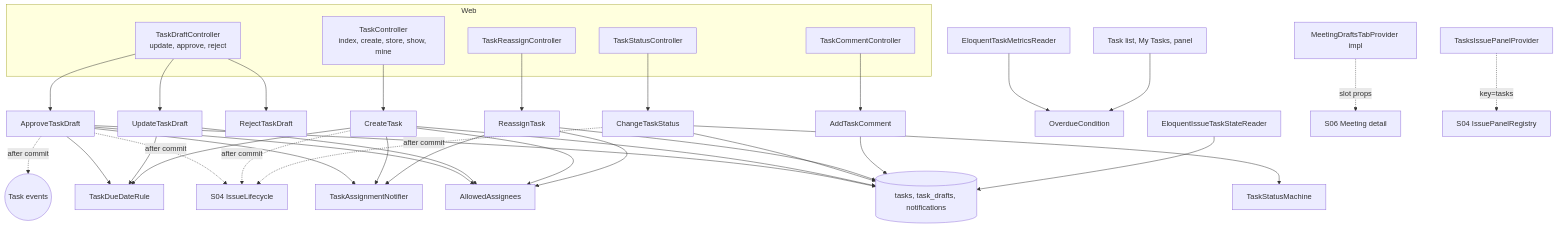
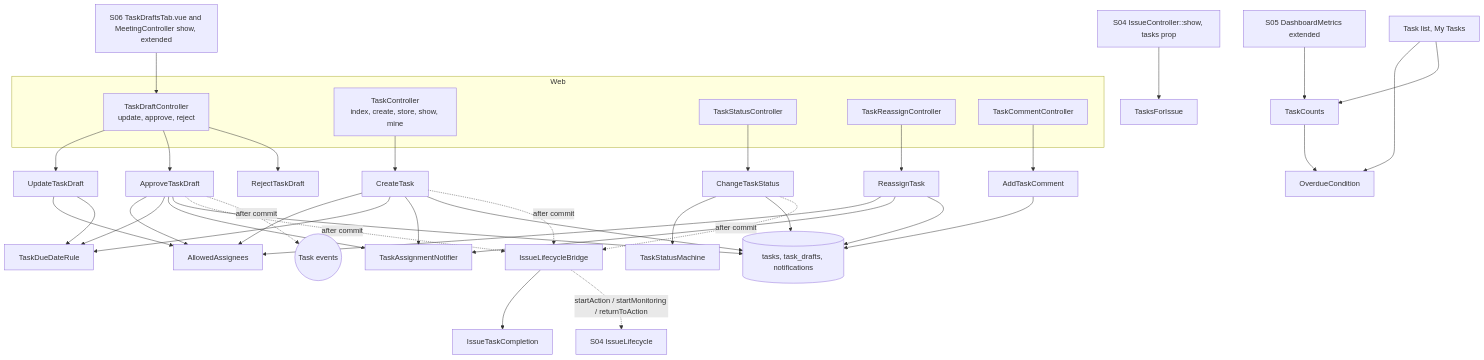
Before and after one commit to shojibur/BusinessPulse: the first of 2 diagrams in .kiro/specs/07-task-execution/design.md, drawn with Mermaid. The commit also changed other lines of this file and 40 other files, not shown here.

````diff
--- a/.kiro/specs/07-task-execution/design.md
+++ b/.kiro/specs/07-task-execution/design.md
@@ -38,49 +50,52 @@
 ```mermaid
 flowchart TD
   subgraph Web
     DC[TaskDraftController<br/>update, approve, reject]
     TCtl[TaskController<br/>index, create, store, show, mine]
     SC[TaskStatusController]
     RC[TaskReassignController]
     CC[TaskCommentController]
   end
 
   DC --> UTD[UpdateTaskDraft]
   DC --> ATD[ApproveTaskDraft]
   DC --> RTD[RejectTaskDraft]
   TCtl --> CT[CreateTask]
   SC --> CTS[ChangeTaskStatus]
   RC --> RT[ReassignTask]
   CC --> ATC[AddTaskComment]
 
   ATD --> AA[AllowedAssignees]
   UTD --> AA
   CT --> AA
   RT --> AA
   ATD --> DDR[TaskDueDateRule]
   UTD --> DDR
   CT --> DDR
 
   CTS --> TSM[TaskStatusMachine]
   ATD --> TA[TaskAssignmentNotifier]
   CT --> TA
   RT --> TA
 
   ATD --> DB[(tasks, task_drafts, notifications)]
   CT --> DB
   CTS --> DB
   RT --> DB
   ATC --> DB
 
-  ATD -. after commit .-> IL[S04 IssueLifecycle]
-  CT -. after commit .-> IL
-  CTS -. after commit .-> IL
+  ATD -. after commit .-> BR[IssueLifecycleBridge]
+  CT -. after commit .-> BR
+  CTS -. after commit .-> BR
+  BR --> ITC[IssueTaskCompletion]
+  BR -.startAction / startMonitoring / returnToAction.-> IL[S04 IssueLifecycle]
   ATD -. after commit .-> EVT((Task events))
 
-  RDR[EloquentTaskMetricsReader] --> OC[OverdueCondition]
-  ITR[EloquentIssueTaskStateReader] --> DB
-  LIST[Task list, My Tasks, panel] --> OC
+  TCN[TaskCounts] --> OC[OverdueCondition]
+  DM[S05 DashboardMetrics extended] --> TCN
+  LIST[Task list, My Tasks] --> OC
+  LIST --> TCN
 
-  TABP[MeetingDraftsTabProvider impl] -.slot props.-> S06[S06 Meeting detail]
-  TIP[TasksIssuePanelProvider] -.key=tasks.-> S04[S04 IssuePanelRegistry]
+  S06T[S06 TaskDraftsTab.vue and MeetingController show, extended] --> DC
+  IC[S04 IssueController::show, tasks prop] --> TFI[TasksForIssue]
 ```
````
